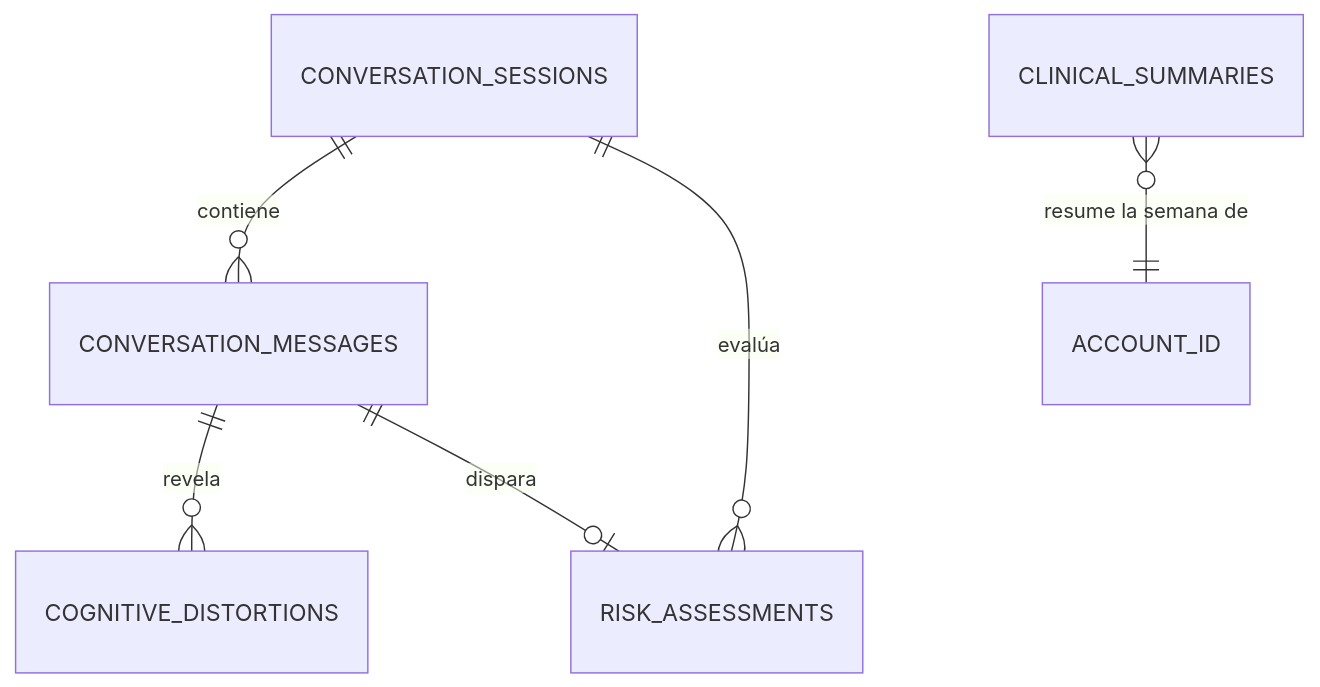
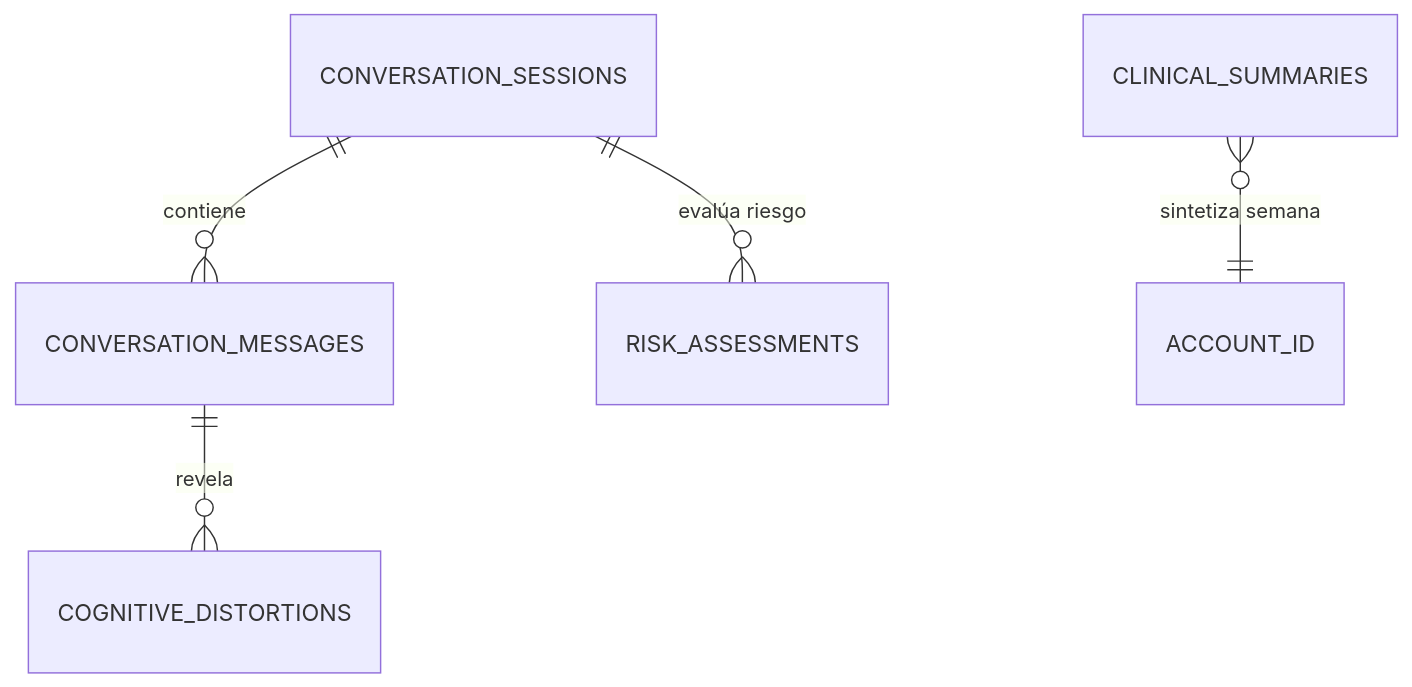
Before and after one commit to MindClusterUPC/safediary-platform: the fifth of 9 diagrams in docs/database/README.md, drawn with Mermaid. The commit also changed other lines of this file and 1 other file, not shown here.

````diff
--- a/docs/database/README.md
+++ b/docs/database/README.md
@@ -124,8 +140,7 @@
 ```mermaid
 erDiagram
     CONVERSATION_SESSIONS ||--o{ CONVERSATION_MESSAGES : "contiene"
     CONVERSATION_MESSAGES ||--o{ COGNITIVE_DISTORTIONS : "revela"
-    CONVERSATION_SESSIONS ||--o{ RISK_ASSESSMENTS : "evalúa"
-    CONVERSATION_MESSAGES ||--o| RISK_ASSESSMENTS : "dispara"
-    CLINICAL_SUMMARIES }o--|| ACCOUNT_ID : "resume la semana de"
+    CONVERSATION_SESSIONS ||--o{ RISK_ASSESSMENTS : "evalúa riesgo"
+    CLINICAL_SUMMARIES }o--|| ACCOUNT_ID : "sintetiza semana"
 ```
````
